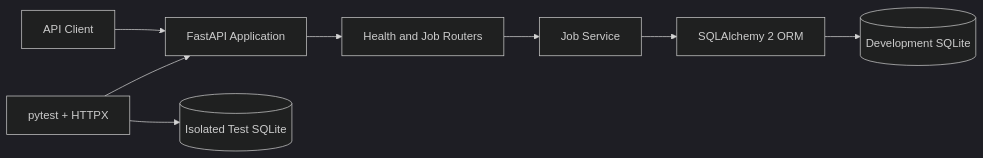
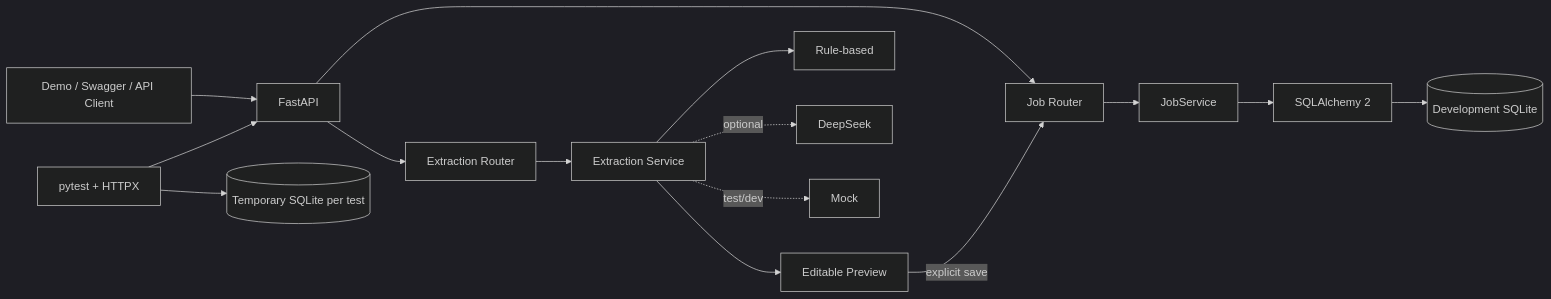
One commit to xuyang2005cs/career-assistant-platform changed the diagram in README.md. Above: the diagram before and after it, drawn with Mermaid (dark theme). The commit also changed other lines of this file, not shown here.

````diff
--- a/README.md
+++ b/README.md
@@ -139,10 +80,15 @@
 ```mermaid
 flowchart LR
-    Client[API Client] --> FastAPI[FastAPI Application]
-    FastAPI --> Router[Health and Job Routers]
-    Router --> Service[Job Service]
-    Service --> ORM[SQLAlchemy 2 ORM]
-    ORM --> DevDB[(Development SQLite)]
+    Client[Demo / Swagger / API Client] --> FastAPI
+    FastAPI --> JobRouter[Job Router]
+    JobRouter --> JobService --> ORM[SQLAlchemy 2] --> DevDB[(Development SQLite)]
+    FastAPI --> ExtractRouter[Extraction Router]
+    ExtractRouter --> ExtractService[Extraction Service]
+    ExtractService --> Rule[Rule-based]
+    ExtractService -. optional .-> DeepSeek
+    ExtractService -. test/dev .-> Mock
+    ExtractService --> Preview[Editable Preview]
+    Preview -->|explicit save| JobRouter
     Tests[pytest + HTTPX] --> FastAPI
-    Tests --> TestDB[(Isolated Test SQLite)]
+    Tests --> TestDB[(Temporary SQLite per test)]
 ```
````
